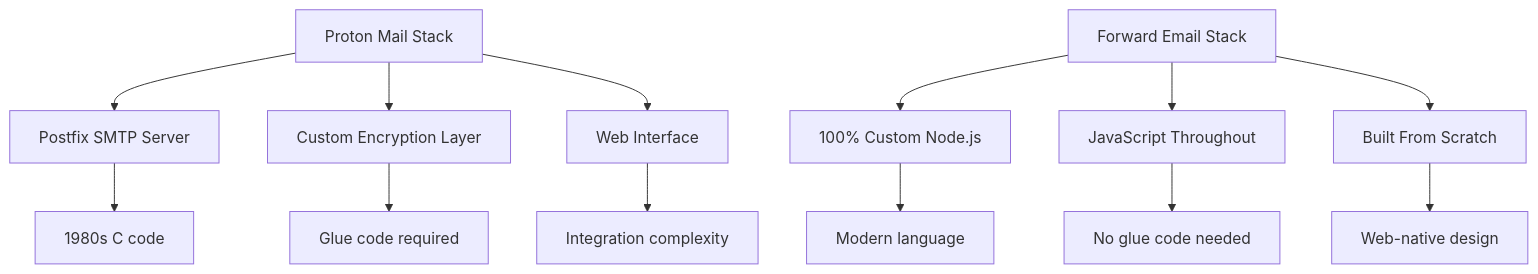
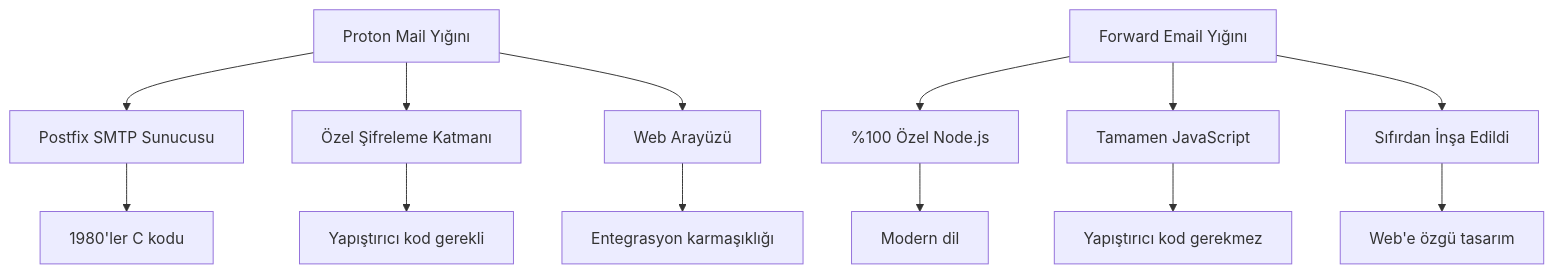
One commit to forwardemail/forwardemail.net changed the eighth of 10 diagrams in app/views/docs/email-startup-graveyard-why-80-percent-email-companies-fail/index-tr.md. Above: the diagram before and after it, drawn with Mermaid. The commit also changed other lines of this file and 1055 other files, not shown here.

````diff
--- a/app/views/docs/email-startup-graveyard-why-80-percent-email-companies-fail/index-tr.md
+++ b/app/views/docs/email-startup-graveyard-why-80-percent-email-companies-fail/index-tr.md
@@ -624,18 +629,18 @@
 ```mermaid
 graph TD
-    A[Proton Mail Stack] --> B[Postfix SMTP Server]
-    A --> C[Custom Encryption Layer]
-    A --> D[Web Interface]
+    A[Proton Mail Yığını] --> B[Postfix SMTP Sunucusu]
+    A --> C[Özel Şifreleme Katmanı]
+    A --> D[Web Arayüzü]
 
-    E[Forward Email Stack] --> F[100% Custom Node.js]
-    E --> G[JavaScript Throughout]
-    E --> H[Built From Scratch]
+    E[Forward Email Yığını] --> F[%100 Özel Node.js]
+    E --> G[Tamamen JavaScript]
+    E --> H[Sıfırdan İnşa Edildi]
 
-    B --> I[1980s C code]
-    C --> J[Glue code required]
-    D --> K[Integration complexity]
+    B --> I[1980'ler C kodu]
+    C --> J[Yapıştırıcı kod gerekli]
+    D --> K[Entegrasyon karmaşıklığı]
 
-    F --> L[Modern language]
-    G --> M[No glue code needed]
-    H --> N[Web-native design]
+    F --> L[Modern dil]
+    G --> M[Yapıştırıcı kod gerekmez]
+    H --> N[Web'e özgü tasarım]
 ```
````
